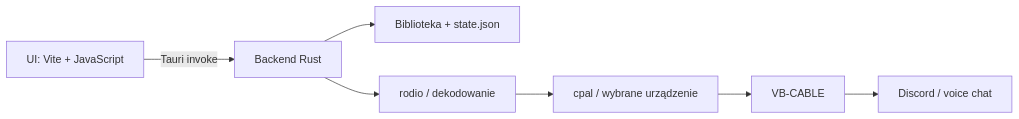
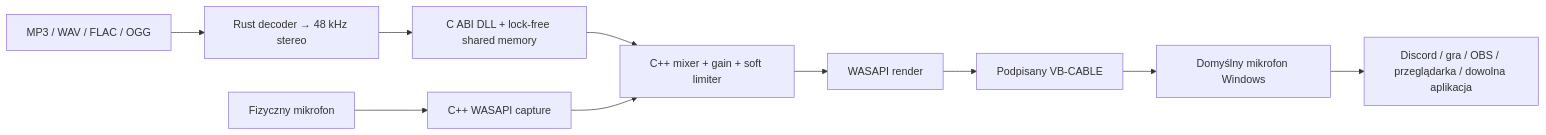
Before and after one commit to 3godzinyL/soundboard: the diagram in README.md, drawn with Mermaid. The commit also changed other lines of this file, not shown here.

````diff
--- a/README.md
+++ b/README.md
@@ -175,9 +163,12 @@
 ```mermaid
 flowchart LR
-    UI["UI: Vite + JavaScript"] -->|"Tauri invoke"| Rust["Backend Rust"]
-    Rust --> Library["Biblioteka + state.json"]
-    Rust --> Decode["rodio / dekodowanie"]
-    Decode --> CPAL["cpal / wybrane urządzenie"]
-    CPAL --> Cable["VB-CABLE"]
-    Cable --> Discord["Discord / voice chat"]
+    Mic["Fizyczny mikrofon"] --> Capture["C++ WASAPI capture"]
+    Files["MP3 / WAV / FLAC / OGG"] --> Decode["Rust decoder → 48 kHz stereo"]
+    Decode --> IPC["C ABI DLL + lock-free shared memory"]
+    IPC --> Mixer["C++ mixer + gain + soft limiter"]
+    Capture --> Mixer
+    Mixer --> Render["WASAPI render"]
+    Render --> Driver["Podpisany VB-CABLE"]
+    Driver --> VirtualMic["Domyślny mikrofon Windows"]
+    VirtualMic --> Apps["Discord / gra / OBS / przeglądarka / dowolna aplikacja"]
 ```
````
